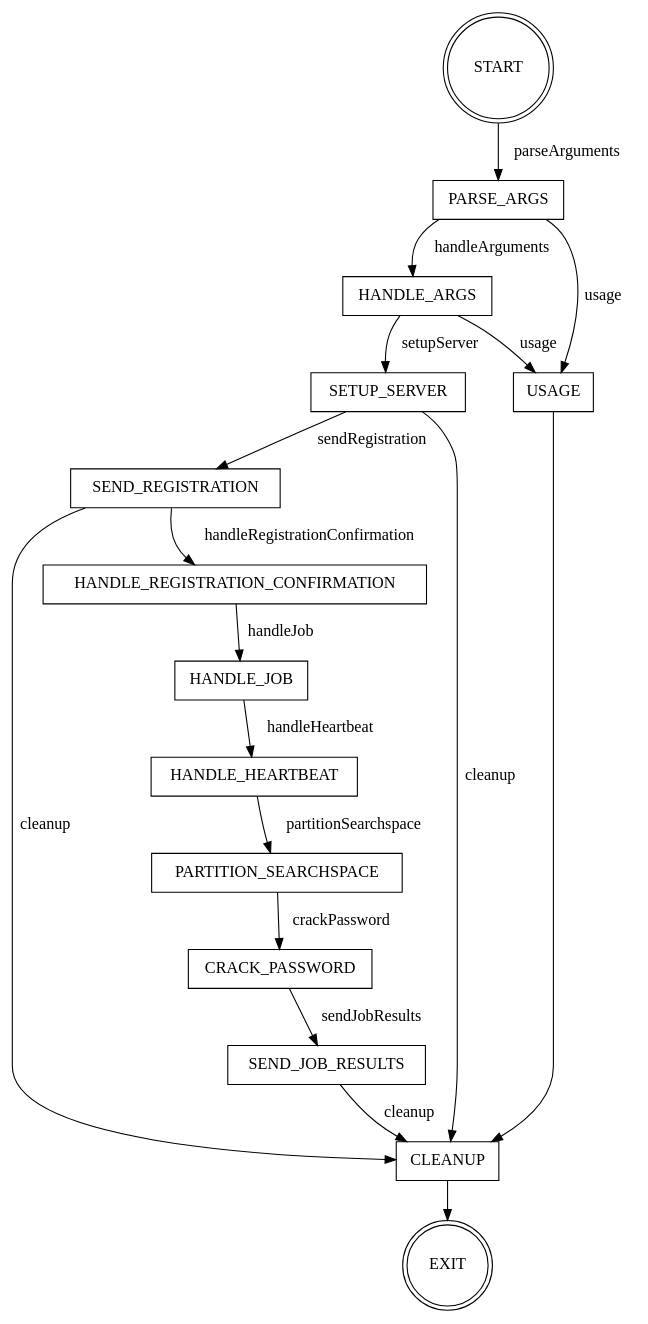
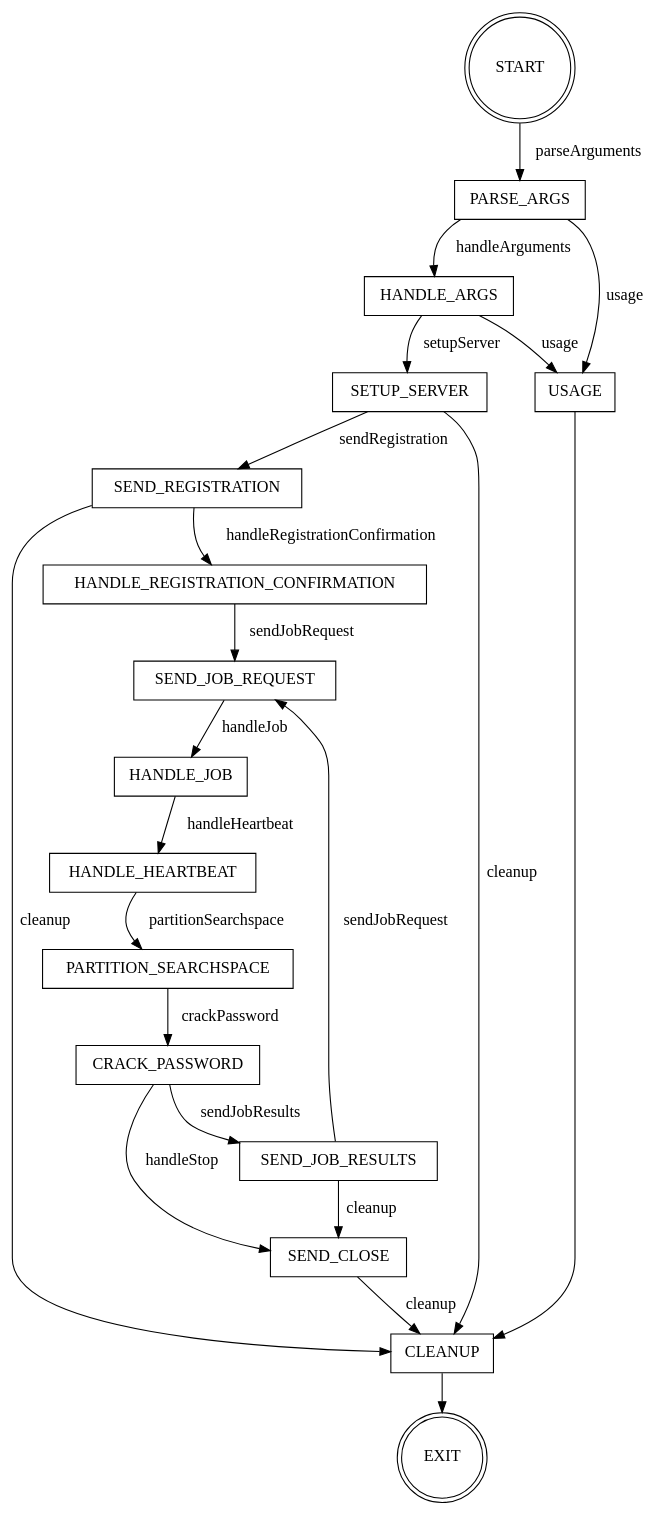
The diagram in worker.gv (A1exander-liU/comp-8005-assign-4), drawn with Graphviz before and after one commit. The commit also changed 1 other file, not shown here.

```diff
--- a/worker.gv
+++ b/worker.gv
@@ -1,50 +1,58 @@
 digraph Worker {
   node [shape = rectangle; fontsize = 15;];
   edge [fontsize = 15;];
   
   // States
   START [shape = "doublecircle";];
   PARSE_ARGS;
   HANDLE_ARGS;
   USAGE;
   SETUP_SERVER;
   SEND_REGISTRATION;
   HANDLE_REGISTRATION_CONFIRMATION;
+  SEND_JOB_REQUEST;
   HANDLE_JOB;
   PARTITION_SEARCHSPACE;
   HANDLE_HEARTBEAT;
   CRACK_PASSWORD;
   SEND_JOB_RESULTS;
+  SEND_CLOSE:
   CLEANUP;
   EXIT [shape = "doublecircle";];
   
   // Transitions
   START -> PARSE_ARGS [label = "parseArguments";];
   
   PARSE_ARGS -> HANDLE_ARGS [label = "handleArguments";];
   PARSE_ARGS -> USAGE [label = "usage";];
   
   HANDLE_ARGS -> SETUP_SERVER [label = "setupServer";];
   HANDLE_ARGS -> USAGE [label = "usage";];
   
   SETUP_SERVER -> SEND_REGISTRATION [label = "sendRegistration";];
   SETUP_SERVER -> CLEANUP [label = "cleanup";];
   
   SEND_REGISTRATION -> HANDLE_REGISTRATION_CONFIRMATION [label = "handleRegistrationConfirmation";];
   SEND_REGISTRATION -> CLEANUP [label = "cleanup";];
   
-  HANDLE_REGISTRATION_CONFIRMATION -> HANDLE_JOB [label = "handleJob";];
+  HANDLE_REGISTRATION_CONFIRMATION -> SEND_JOB_REQUEST [label = "sendJobRequest";];
+  
+  SEND_JOB_REQUEST -> HANDLE_JOB [label = "handleJob";];
   
   HANDLE_JOB -> HANDLE_HEARTBEAT [label = "handleHeartbeat";];
   
   HANDLE_HEARTBEAT -> PARTITION_SEARCHSPACE [label = "partitionSearchspace";];
   
   PARTITION_SEARCHSPACE -> CRACK_PASSWORD [label = "crackPassword";];
   
   CRACK_PASSWORD -> SEND_JOB_RESULTS [label = "sendJobResults";];
   
-  SEND_JOB_RESULTS -> CLEANUP [label = "cleanup";];
+  CRACK_PASSWORD -> SEND_CLOSE [label = "handleStop";];
   
+  SEND_JOB_RESULTS -> SEND_JOB_REQUEST [label = "sendJobRequest";];
+  SEND_JOB_RESULTS -> SEND_CLOSE [label = "cleanup";];
+  
+  SEND_CLOSE -> CLEANUP [label = "cleanup";];
   USAGE -> CLEANUP;
   CLEANUP -> EXIT;
 }
```
